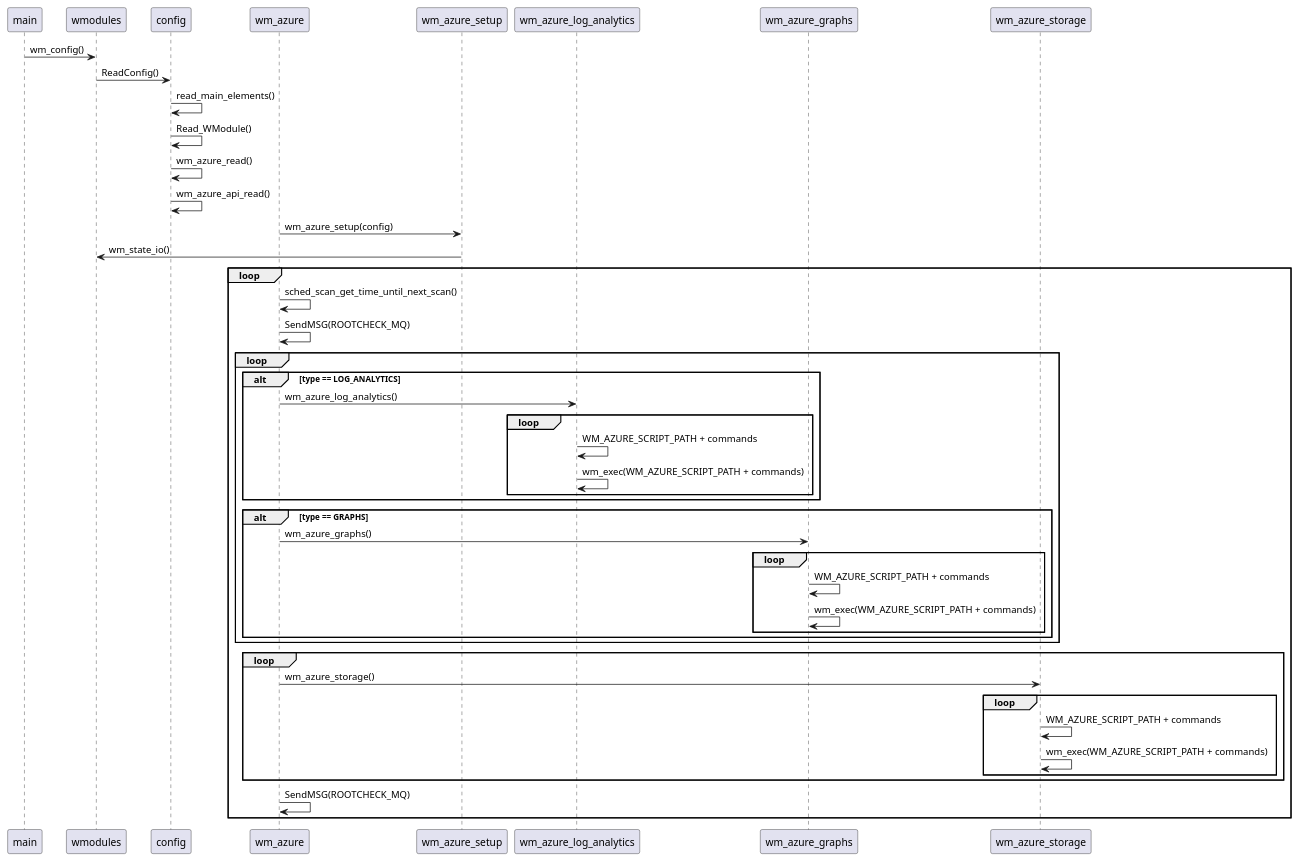
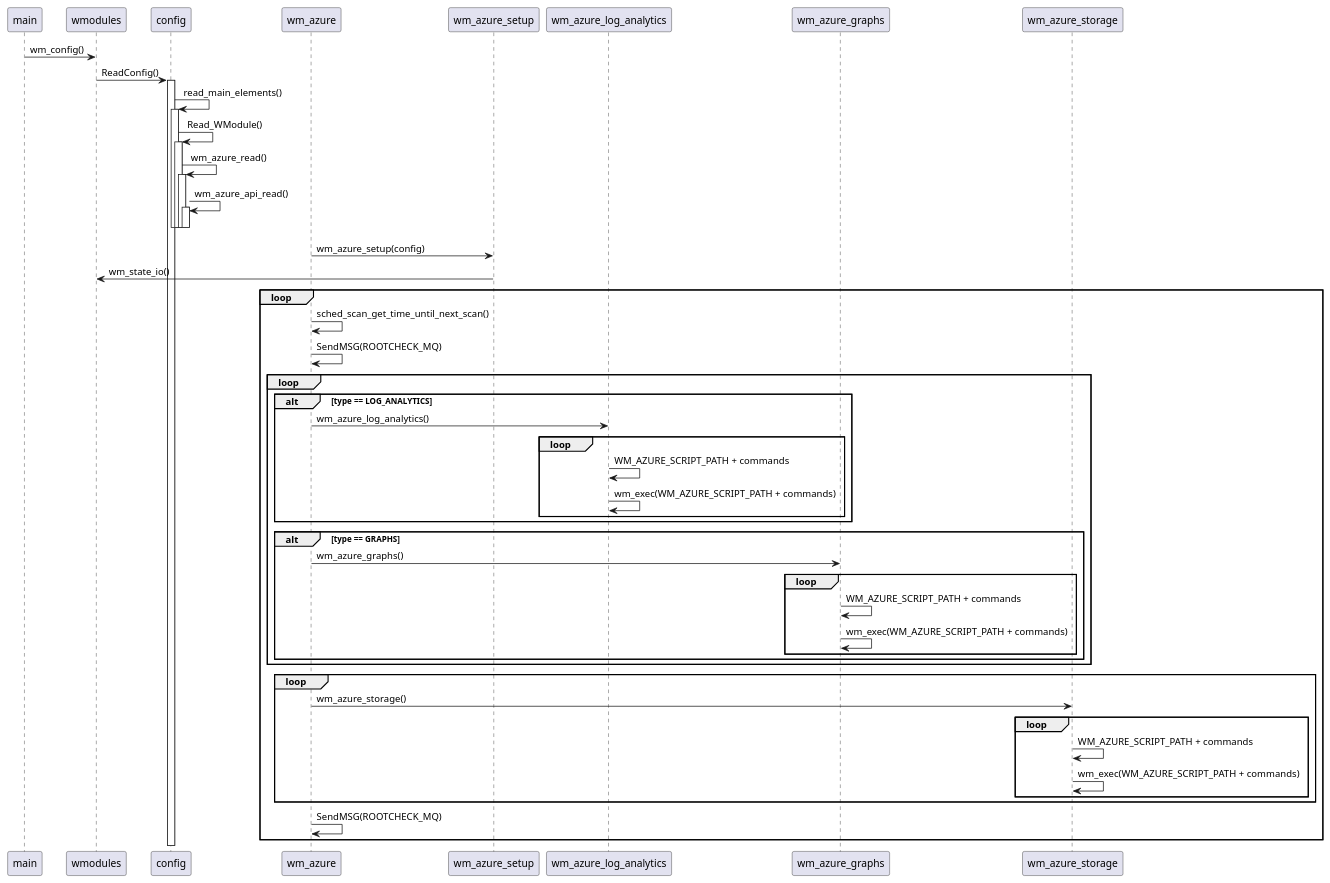
One commit to wazuh/wazuh-agent changed the diagram in architecture/wm_azure/001-sequence.puml. Above: the diagram before and after it, drawn with PlantUML.

Commit message:
Fixed @jnasselle findings

```diff
--- a/architecture/wm_azure/001-sequence.puml
+++ b/architecture/wm_azure/001-sequence.puml
@@ -5,38 +5,42 @@
 @startuml wm_azure
     main -> wmodules : wm_config()
-    wmodules -> config : ReadConfig()
-    config -> config : read_main_elements()
-    config -> config : Read_WModule()
-    config -> config : wm_azure_read()
-    config -> config : wm_azure_api_read()
+    wmodules -> config ++: ReadConfig()
+    config -> config ++: read_main_elements()
+    config -> config ++: Read_WModule()
+    config -> config ++: wm_azure_read()
+    config -> config ++: wm_azure_api_read()
+    config --
+    config --
+    config --
+    config --
     wm_azure -> wm_azure_setup : wm_azure_setup(config)
     wm_azure_setup -> wmodules : wm_state_io()
 loop
     wm_azure -> wm_azure : sched_scan_get_time_until_next_scan()
     wm_azure -> wm_azure : SendMSG(ROOTCHECK_MQ)
     loop
         alt type == LOG_ANALYTICS
             wm_azure -> wm_azure_log_analytics : wm_azure_log_analytics()
             loop
                 wm_azure_log_analytics -> wm_azure_log_analytics : WM_AZURE_SCRIPT_PATH + commands
                 wm_azure_log_analytics -> wm_azure_log_analytics : wm_exec(WM_AZURE_SCRIPT_PATH + commands)
             end
         end
         alt type == GRAPHS
             wm_azure -> wm_azure_graphs : wm_azure_graphs()
             loop
                 wm_azure_graphs -> wm_azure_graphs : WM_AZURE_SCRIPT_PATH + commands
                 wm_azure_graphs -> wm_azure_graphs : wm_exec(WM_AZURE_SCRIPT_PATH + commands)
             end
         end
     end
     loop
         wm_azure -> wm_azure_storage : wm_azure_storage()
         loop
             wm_azure_storage -> wm_azure_storage : WM_AZURE_SCRIPT_PATH + commands
             wm_azure_storage -> wm_azure_storage : wm_exec(WM_AZURE_SCRIPT_PATH + commands)
         end
     end
     wm_azure -> wm_azure : SendMSG(ROOTCHECK_MQ)
 end
 @enduml
```
